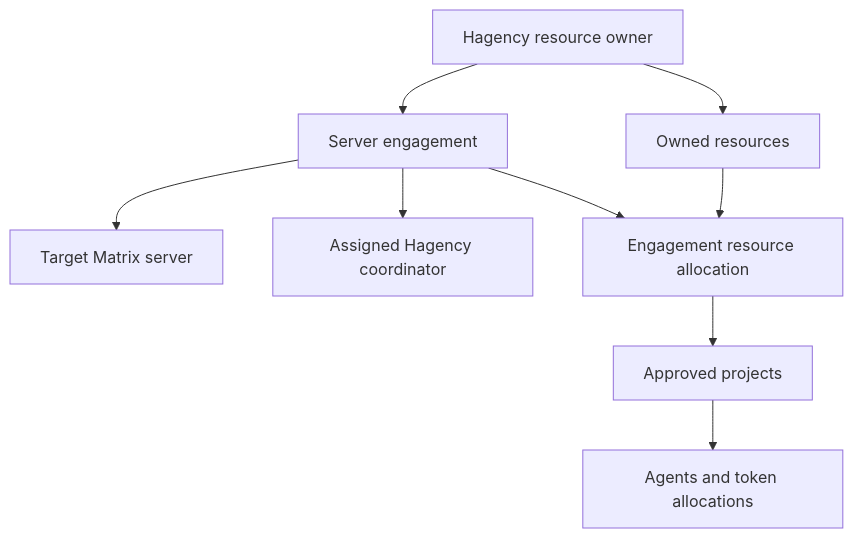
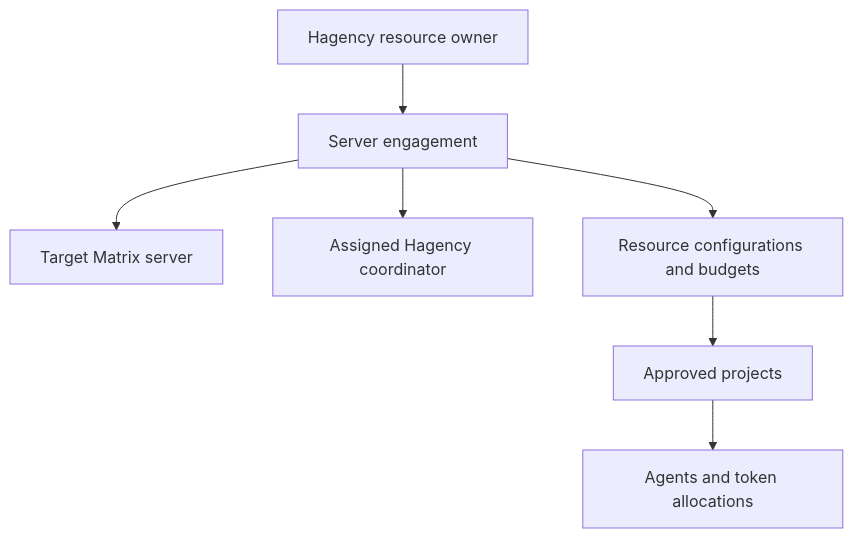
Before and after one commit to chrislearn/Rinx: the first of 2 diagrams in docs/adr/0011-hagency-server-engagements.md, drawn with Mermaid. The commit also changed other lines of this file and 29 other files, not shown here.

````diff
--- a/docs/adr/0011-hagency-server-engagements.md
+++ b/docs/adr/0011-hagency-server-engagements.md
@@ -60,11 +60,9 @@
 ```mermaid
 flowchart TD
-    O[Hagency resource owner] --> R[Owned resources]
-    O --> E[Server engagement]
+    O[Hagency resource owner] --> E[Server engagement]
     E --> S[Target Matrix server]
     E --> C[Assigned Hagency coordinator]
-    R --> G[Engagement resource allocation]
-    E --> G
-    G --> P[Approved projects]
+    E --> R[Resource configurations and budgets]
+    R --> P[Approved projects]
     P --> A[Agents and token allocations]
 ```
````
